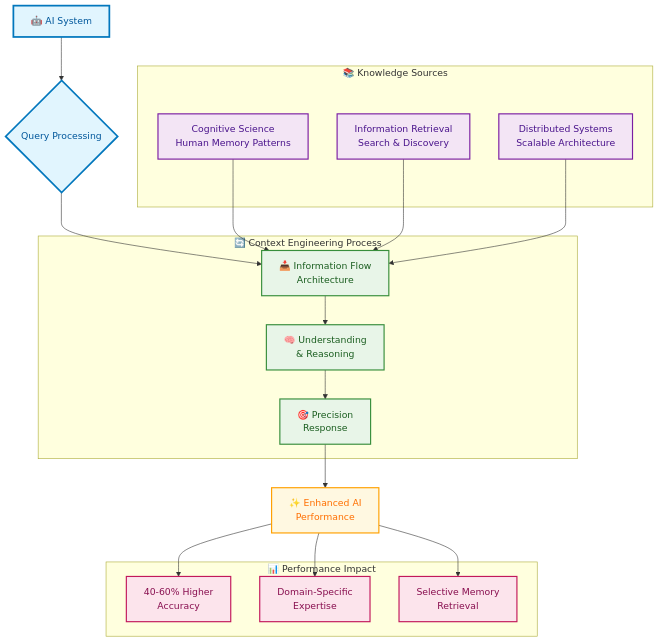
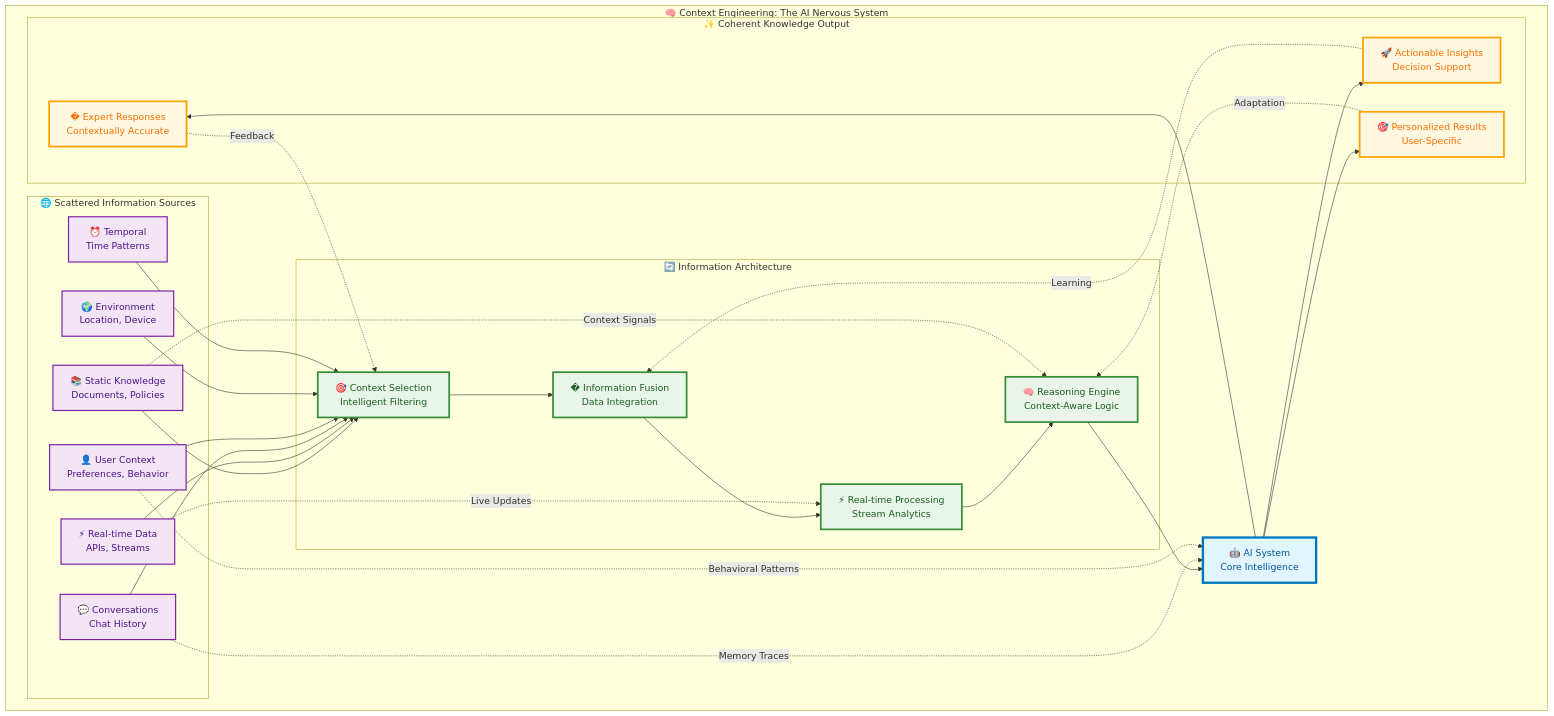
The first of 13 diagrams in 32_context_engineering/03_what_is_context_engineering.md (raphaelmansuy/tutorials), drawn with Mermaid before and after one commit. The commit also changed other lines of this file, not shown here.

Commit message:
Update Chapter 3 of Context Engineering tutorial: correct publication date to December 2024, reorganize Table of Contents, and enhance flowchart for improved clarity and context representation.

````diff
--- a/32_context_engineering/03_what_is_context_engineering.md
+++ b/32_context_engineering/03_what_is_context_engineering.md
@@ -47,49 +46,67 @@
 ```mermaid
-flowchart TD
-    A[🤖 AI System] --> B{Query Processing}
-    
-    subgraph "📚 Knowledge Sources"
-        C[Cognitive Science<br/>Human Memory Patterns]
-        D[Information Retrieval<br/>Search & Discovery]
-        E[Distributed Systems<br/>Scalable Architecture]
+flowchart TB
+    subgraph "🧠 Context Engineering: The AI Nervous System"
+        A[🤖 AI System<br/>Core Intelligence] 
+        
+        subgraph "🌐 Scattered Information Sources"
+            B[📚 Static Knowledge<br/>Documents, Policies]
+            C[⚡ Real-time Data<br/>APIs, Streams]
+            D[💬 Conversations<br/>Chat History]
+            E[👤 User Context<br/>Preferences, Behavior]
+            F[🌍 Environment<br/>Location, Device]
+            G[⏰ Temporal<br/>Time Patterns]
+        end
+        
+        subgraph "🔄 Information Architecture"
+            H[🎯 Context Selection<br/>Intelligent Filtering]
+            I[� Information Fusion<br/>Data Integration]
+            J[⚡ Real-time Processing<br/>Stream Analytics]
+            K[🧠 Reasoning Engine<br/>Context-Aware Logic]
+        end
+        
+        subgraph "✨ Coherent Knowledge Output"
+            L[� Expert Responses<br/>Contextually Accurate]
+            M[🚀 Actionable Insights<br/>Decision Support]
+            N[🎯 Personalized Results<br/>User-Specific]
+        end
     end
     
-    subgraph "🔄 Context Engineering Process"
-        F[📥 Information Flow<br/>Architecture]
-        G[🧠 Understanding<br/>& Reasoning]
-        H[🎯 Precision<br/>Response]
-    end
-    
-    B --> F
-    F --> G
+    %% Information Flow - The Nervous System Network
+    B --> H
+    C --> H
+    D --> H
+    E --> H
+    F --> H
     G --> H
     
-    C --> F
-    D --> F
-    E --> F
+    H --> I
+    I --> J
+    J --> K
+    K --> A
     
-    H --> I[✨ Enhanced AI<br/>Performance]
+    A --> L
+    A --> M
+    A --> N
     
-    subgraph "📊 Performance Impact"
-        J[40-60% Higher<br/>Accuracy]
-        K[Domain-Specific<br/>Expertise]
-        L[Selective Memory<br/>Retrieval]
-    end
+    %% Feedback Loop - Learning Network
+    L -.->|Feedback| H
+    M -.->|Learning| I
+    N -.->|Adaptation| K
     
-    I --> J
-    I --> K
-    I --> L
+    %% Neural Network Style Connections
+    B -.->|Context Signals| K
+    C -.->|Live Updates| J
+    D -.->|Memory Traces| A
+    E -.->|Behavioral Patterns| A
     
-    classDef aiSystem fill:#e1f5fe,stroke:#0277bd,stroke-width:3px,color:#01579b
-    classDef knowledge fill:#f3e5f5,stroke:#7b1fa2,stroke-width:2px,color:#4a148c
-    classDef process fill:#e8f5e8,stroke:#388e3c,stroke-width:2px,color:#1b5e20
-    classDef outcome fill:#fff8e1,stroke:#ffa000,stroke-width:2px,color:#ff6f00
-    classDef performance fill:#fce4ec,stroke:#c2185b,stroke-width:2px,color:#880e4f
+    %% Styling
+    classDef aiCore fill:#e1f5fe,stroke:#0277bd,stroke-width:4px,color:#01579b
+    classDef infoSources fill:#f3e5f5,stroke:#7b1fa2,stroke-width:2px,color:#4a148c
+    classDef architecture fill:#e8f5e8,stroke:#388e3c,stroke-width:3px,color:#1b5e20
+    classDef output fill:#fff8e1,stroke:#ffa000,stroke-width:3px,color:#ff6f00
     
-    class A aiSystem
-    class B aiSystem
-    class C,D,E knowledge
-    class F,G,H process
-    class I outcome
-    class J,K,L performance
+    class A aiCore
+    class B,C,D,E,F,G infoSources
+    class H,I,J,K architecture
+    class L,M,N output
 ```
````
